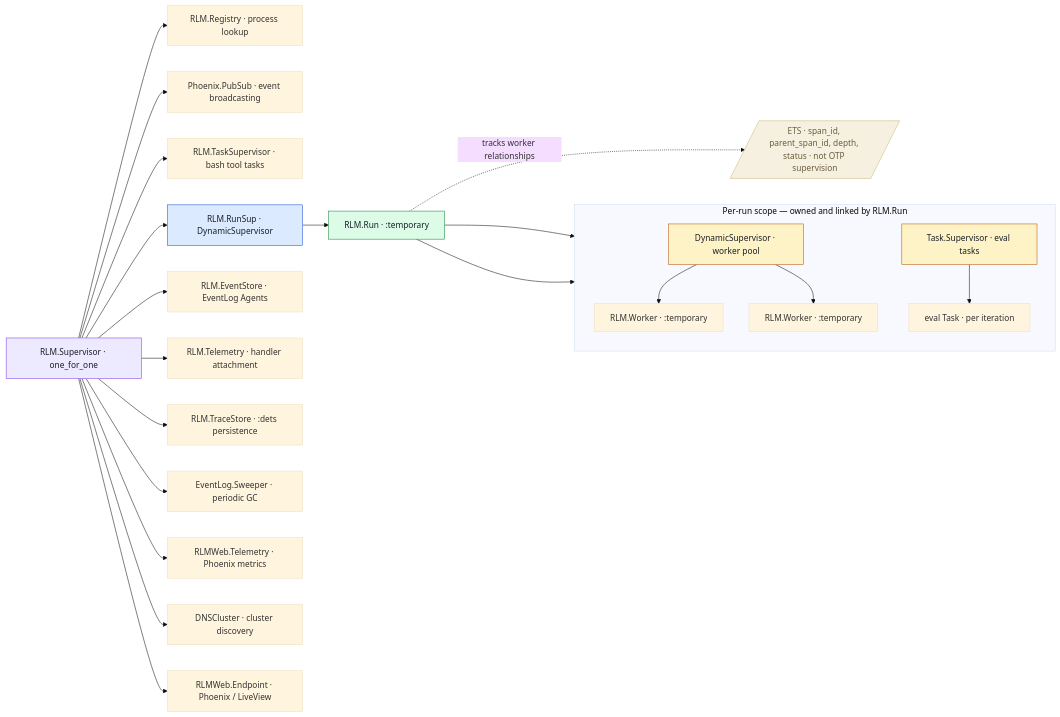
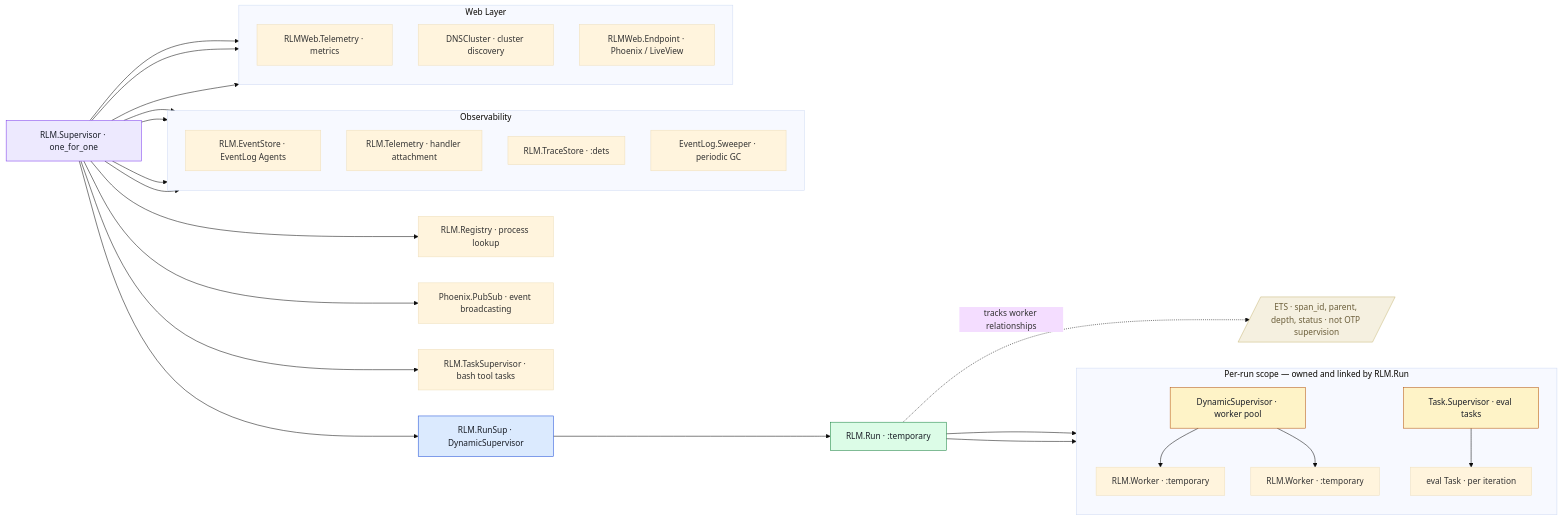
Before and after one commit to errantsky/exrlm: the second of 2 diagrams in README.md, drawn with Mermaid (base theme).

Commit message:
docs: group observability and web layer nodes into subgraphs
Collapse TEL, TRACE, ES, SWEEP into an Observability subgraph and
WEBTEL, DNS, EP into a Web Layer subgraph. This reduces visual clutter
while keeping all nodes visible and labeled.

https://claude.ai/code/session_01FXHPnRyLyHkzDaoNT7Tfgj

````diff
--- a/README.md
+++ b/README.md
@@ -167,40 +167,54 @@
 ```mermaid
 graph LR
     SUP["RLM.Supervisor · one_for_one"]
 
     SUP --> REG["RLM.Registry · process lookup"]
     SUP --> PS["Phoenix.PubSub · event broadcasting"]
     SUP --> TS["RLM.TaskSupervisor · bash tool tasks"]
     SUP --> RUNSUP["RLM.RunSup · DynamicSupervisor"]
-    SUP --> ES["RLM.EventStore · EventLog Agents"]
-    SUP --> TEL["RLM.Telemetry · handler attachment"]
-    SUP --> TRACE["RLM.TraceStore · :dets persistence"]
-    SUP --> SWEEP["EventLog.Sweeper · periodic GC"]
-    SUP --> WEBTEL["RLMWeb.Telemetry · Phoenix metrics"]
-    SUP --> DNS["DNSCluster · cluster discovery"]
-    SUP --> EP["RLMWeb.Endpoint · Phoenix / LiveView"]
+
+    subgraph Obs["Observability"]
+        direction TB
+        ES["RLM.EventStore · EventLog Agents"]
+        TEL["RLM.Telemetry · handler attachment"]
+        TRACE["RLM.TraceStore · :dets"]
+        SWEEP["EventLog.Sweeper · periodic GC"]
+    end
+    SUP --> ES
+    SUP --> TEL
+    SUP --> TRACE
+    SUP --> SWEEP
+
+    subgraph Web["Web Layer"]
+        direction TB
+        WEBTEL["RLMWeb.Telemetry · metrics"]
+        DNS["DNSCluster · cluster discovery"]
+        EP["RLMWeb.Endpoint · Phoenix / LiveView"]
+    end
+    SUP --> WEBTEL
+    SUP --> DNS
+    SUP --> EP
 
     RUNSUP --> RUN["RLM.Run · :temporary"]
 
     subgraph RunScope["Per-run scope — owned and linked by RLM.Run"]
         direction TB
         WD["DynamicSupervisor · worker pool"]
         EVALSUP["Task.Supervisor · eval tasks"]
         WD --> W1["RLM.Worker · :temporary"]
         WD --> W2["RLM.Worker · :temporary"]
         EVALSUP --> ET["eval Task · per iteration"]
     end
-
     RUN --> WD
     RUN --> EVALSUP
 
-    ETS[/"ETS · span_id, parent_span_id, depth, status · not OTP supervision"/]
+    ETS[/"ETS · span_id, parent, depth, status · not OTP supervision"/]
     RUN -. "tracks worker relationships" .-> ETS
 
     style SUP fill:#ede9fe,stroke:#7c3aed,color:#1a1e27
     style RUNSUP fill:#dbeafe,stroke:#1d4ed8,color:#1a1e27
     style RUN fill:#dcfce7,stroke:#15803d,color:#1a1e27
     style WD fill:#fef3c7,stroke:#b45309,color:#1a1e27
     style EVALSUP fill:#fef3c7,stroke:#b45309,color:#1a1e27
     style ETS fill:#f5f0e0,stroke:#c8b87a,color:#6b5e3a
 ```
````
